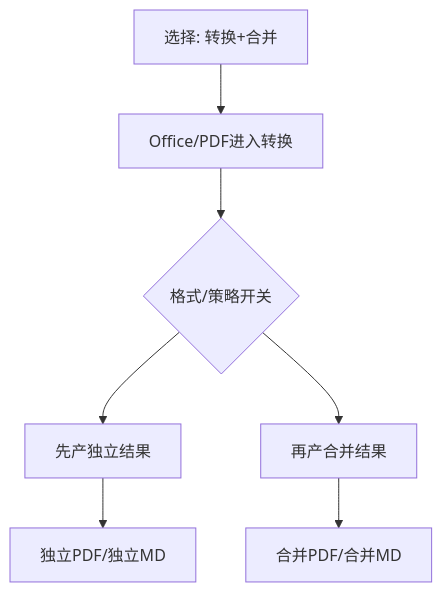
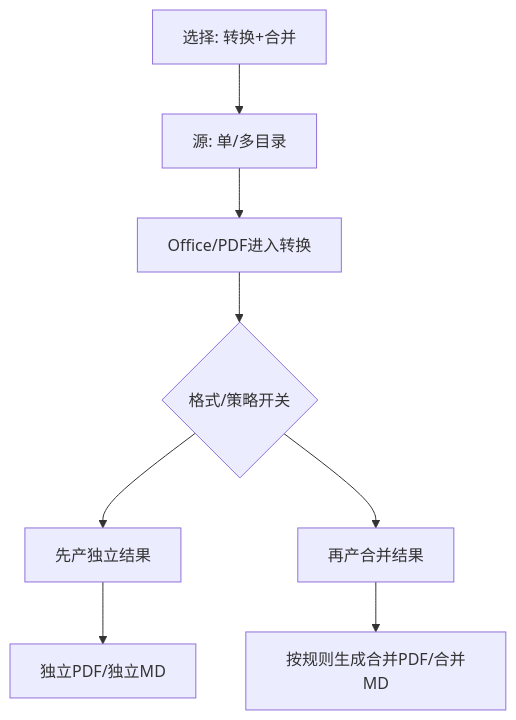
One commit to ts721521/ZhiWei2026 changed the fifth of 7 diagrams in 2026/使用说明书.md. Above: the diagram before and after it, drawn with Mermaid. The commit also changed other lines of this file and 10 other files, not shown here.

````diff
--- a/2026/使用说明书.md
+++ b/2026/使用说明书.md
@@ -450,9 +480,10 @@
 ```mermaid
 flowchart TD
-  A[选择: 转换+合并] --> B[Office/PDF进入转换]
+  A[选择: 转换+合并] --> A2[源: 单/多目录]
+  A2 --> B[Office/PDF进入转换]
   B --> C{格式/策略开关}
   C --> D[先产独立结果]
   C --> E[再产合并结果]
   D --> F[独立PDF/独立MD]
-  E --> G[合并PDF/合并MD]
+  E --> G[按规则生成合并PDF/合并MD]
 ```
````
